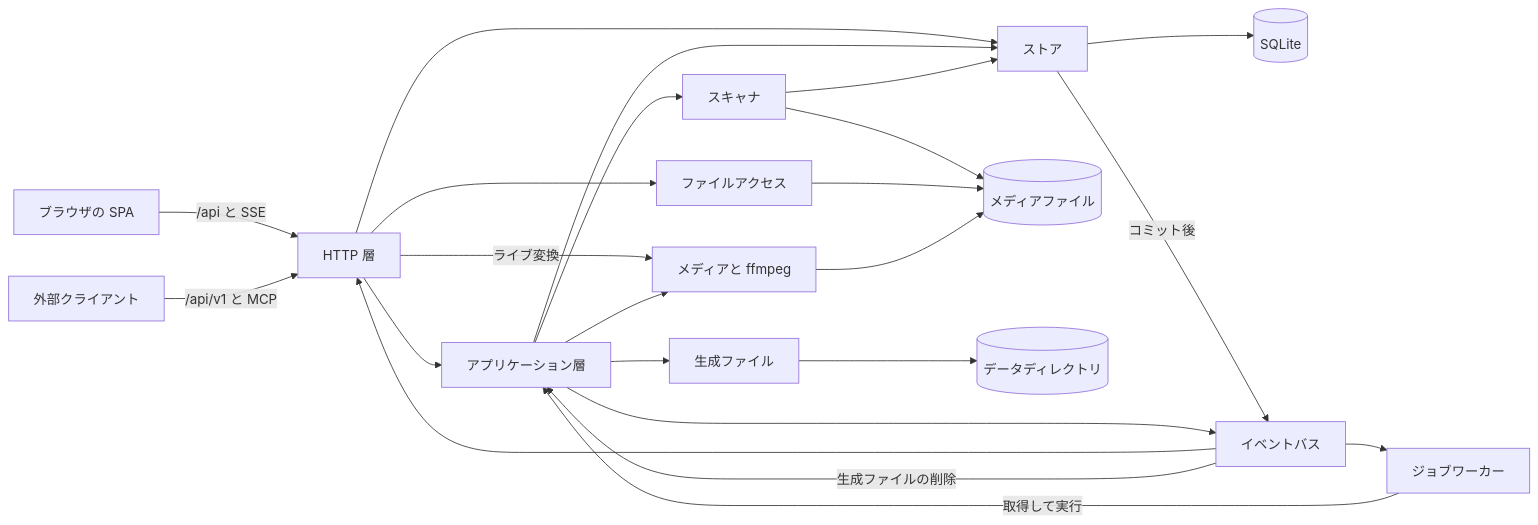
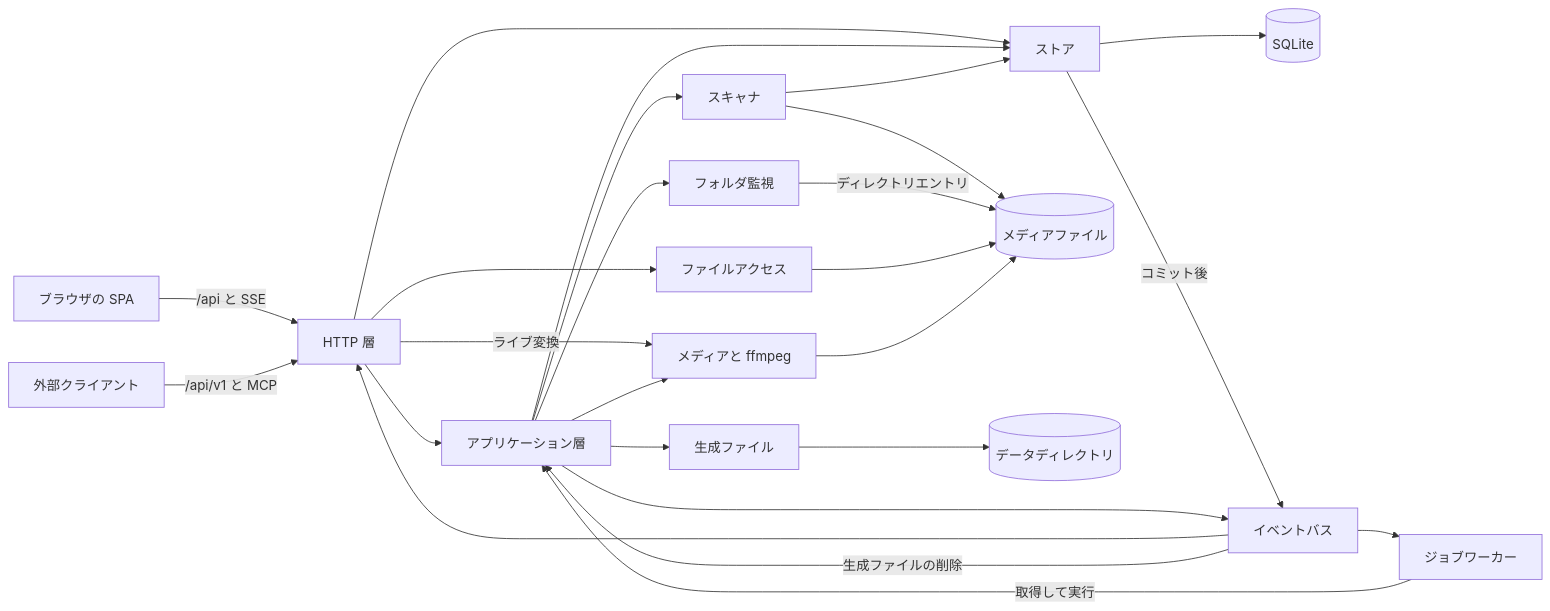
One commit to syudead/vv changed the first of 3 diagrams in translations/ja/ARCHITECTURE.md. Above: the diagram before and after it, drawn with Mermaid. The commit also changed other lines of this file and 4 other files, not shown here.

````diff
--- a/translations/ja/ARCHITECTURE.md
+++ b/translations/ja/ARCHITECTURE.md
@@ -16,25 +16,27 @@
 ```mermaid
 flowchart LR
   browser[ブラウザの SPA] -->|/api と SSE| http[HTTP 層]
   ext[外部クライアント] -->|/api/v1 と MCP| http
   http --> app[アプリケーション層]
   http --> store[ストア]
   http --> mediafs[ファイルアクセス]
   http -->|ライブ変換| media[メディアと ffmpeg]
   app --> scanner[スキャナ]
+  app --> watcher[フォルダ監視]
   app --> media
   app --> artifacts[生成ファイル]
   app --> store
   workers[ジョブワーカー] -->|取得して実行| app
   scanner --> store
   store --> sqlite[(SQLite)]
   store -->|コミット後| bus[イベントバス]
   app --> bus
   bus --> http
   bus --> workers
   bus -->|生成ファイルの削除| app
   scanner --> disk[(メディアファイル)]
+  watcher -->|ディレクトリエントリ| disk
   mediafs --> disk
   media --> disk
   artifacts --> gendisk[(データディレクトリ)]
 ```
````
